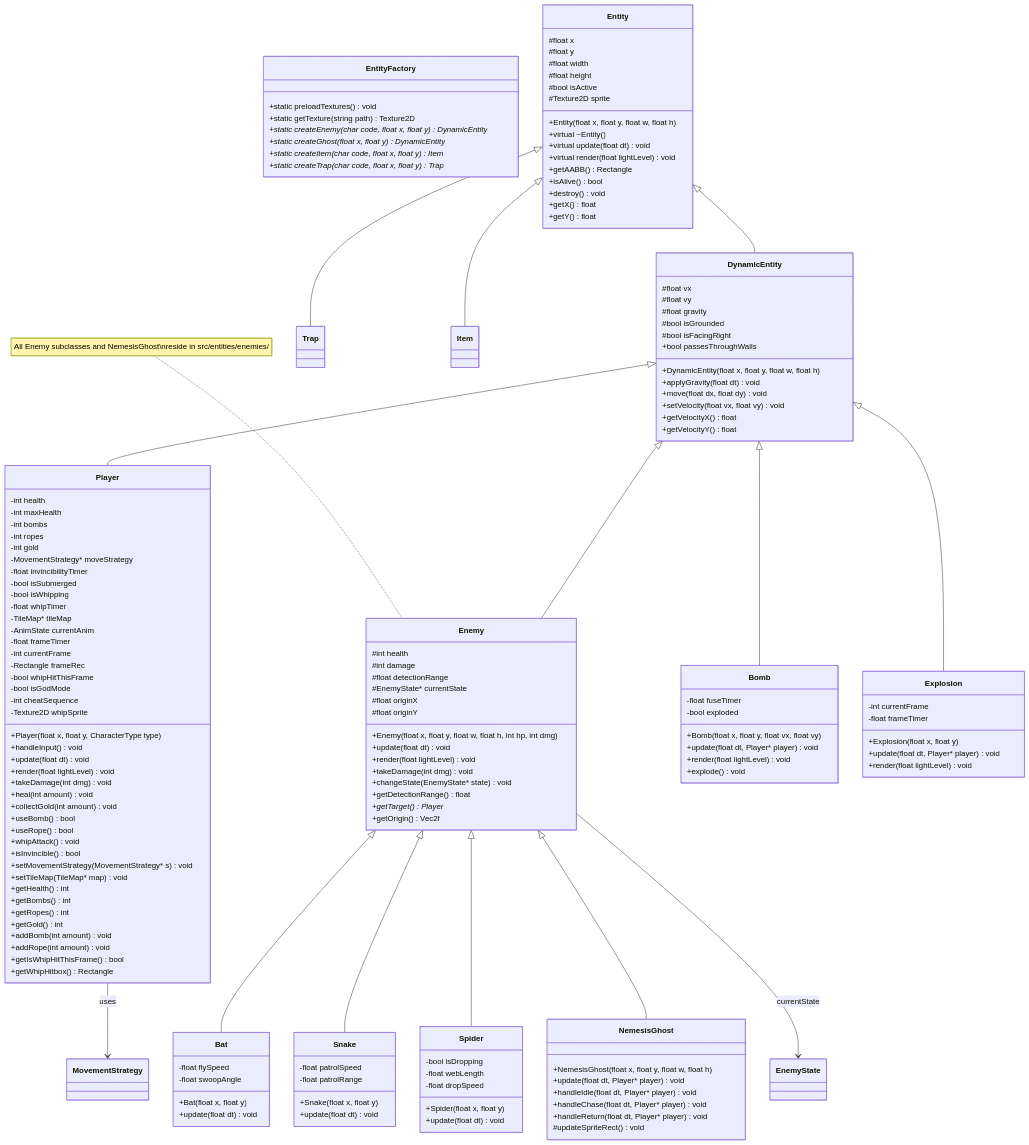
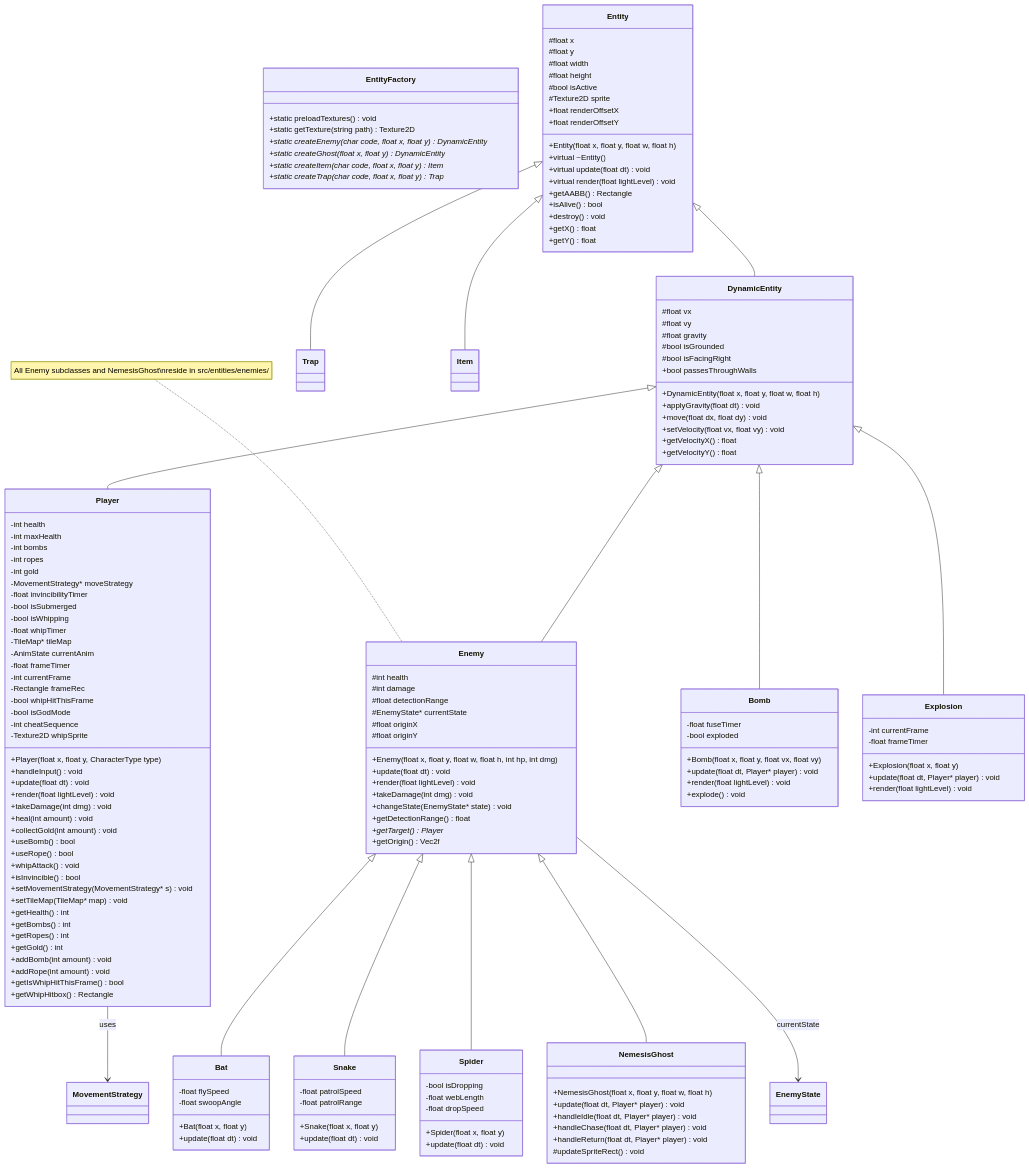
Before and after one commit to Gasmask-Chan/CS202-Cavern-Descent: the second of 8 diagrams in project_plan.md, drawn with Mermaid. The commit also changed other lines of this file and 5 other files, not shown here.

```diff
--- a/project_plan.md
+++ b/project_plan.md
@@ -575,6 +575,8 @@
         #float height
         #bool isActive
         #Texture2D sprite
+        +float renderOffsetX
+        +float renderOffsetY
         +Entity(float x, float y, float w, float h)
         +virtual ~Entity()
         +virtual update(float dt) void
```
